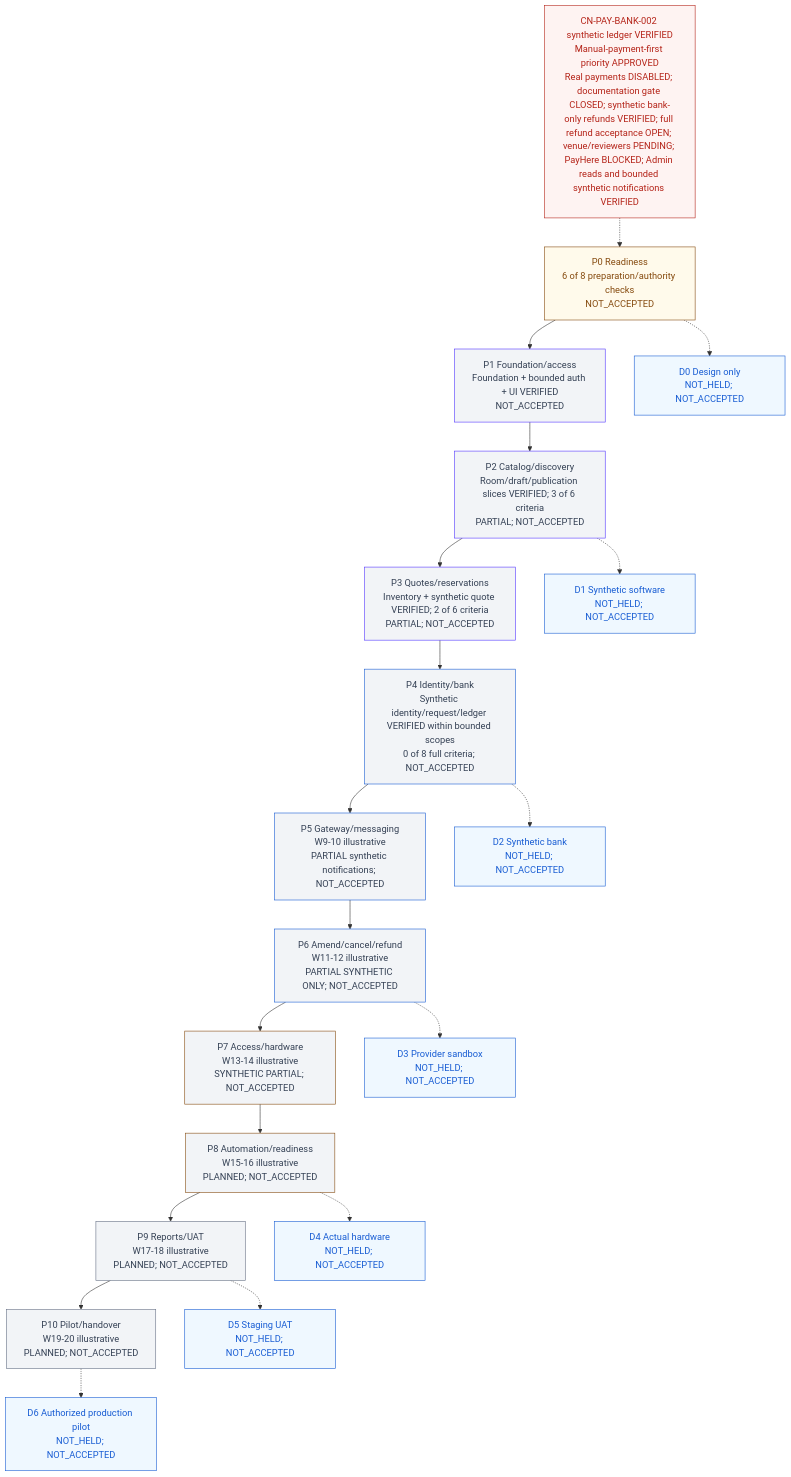
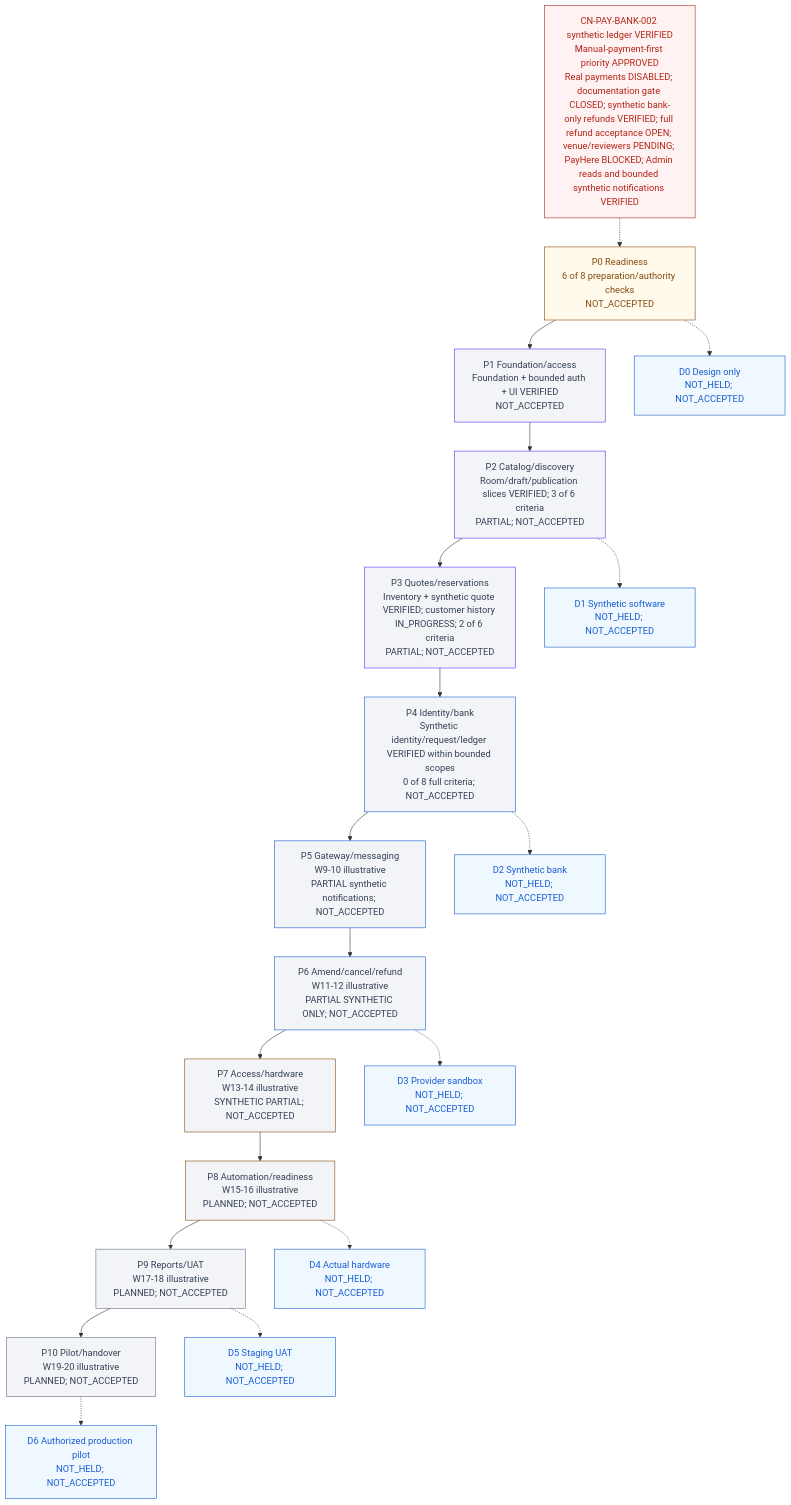
One commit to Hasitha3513/Theater-Project changed the diagram in knowledge/PROGRESS.md. Above: the diagram before and after it, drawn with Mermaid. The commit also changed other lines of this file and 40 other files, not shown here.

Commit message:
feat(customer): add synthetic owned booking history and status views

````diff
--- a/knowledge/PROGRESS.md
+++ b/knowledge/PROGRESS.md
@@ -313,45 +313,45 @@
 ```mermaid
 flowchart TB
   G["CN-PAY-BANK-002 synthetic ledger VERIFIED<br/>Manual-payment-first priority APPROVED<br/>Real payments DISABLED; documentation gate CLOSED; synthetic bank-only refunds VERIFIED; full refund acceptance OPEN; venue/reviewers PENDING; PayHere BLOCKED; Admin reads and bounded synthetic notifications VERIFIED"]
   P0["P0 Readiness<br/>6 of 8 preparation/authority checks<br/>NOT_ACCEPTED"]
   P1["P1 Foundation/access<br/>Foundation + bounded auth + UI VERIFIED<br/>NOT_ACCEPTED"]
   P2["P2 Catalog/discovery<br/>Room/draft/publication slices VERIFIED; 3 of 6 criteria<br/>PARTIAL; NOT_ACCEPTED"]
-  P3["P3 Quotes/reservations<br/>Inventory + synthetic quote VERIFIED; 2 of 6 criteria<br/>PARTIAL; NOT_ACCEPTED"]
+  P3["P3 Quotes/reservations<br/>Inventory + synthetic quote VERIFIED; customer history IN_PROGRESS; 2 of 6 criteria<br/>PARTIAL; NOT_ACCEPTED"]
   P4["P4 Identity/bank<br/>Synthetic identity/request/ledger VERIFIED within bounded scopes<br/>0 of 8 full criteria; NOT_ACCEPTED"]
   P5["P5 Gateway/messaging<br/>W9-10 illustrative<br/>PARTIAL synthetic notifications; NOT_ACCEPTED"]
   P6["P6 Amend/cancel/refund<br/>W11-12 illustrative<br/>PARTIAL SYNTHETIC ONLY; NOT_ACCEPTED"]
   P7["P7 Access/hardware<br/>W13-14 illustrative<br/>SYNTHETIC PARTIAL; NOT_ACCEPTED"]
   P8["P8 Automation/readiness<br/>W15-16 illustrative<br/>PLANNED; NOT_ACCEPTED"]
   P9["P9 Reports/UAT<br/>W17-18 illustrative<br/>PLANNED; NOT_ACCEPTED"]
   P10["P10 Pilot/handover<br/>W19-20 illustrative<br/>PLANNED; NOT_ACCEPTED"]
   G -.-> P0
   P0 --> P1 --> P2 --> P3 --> P4 --> P5 --> P6 --> P7 --> P8 --> P9 --> P10
   D0["D0 Design only<br/>NOT_HELD; NOT_ACCEPTED"]
   D1["D1 Synthetic software<br/>NOT_HELD; NOT_ACCEPTED"]
   D2["D2 Synthetic bank<br/>NOT_HELD; NOT_ACCEPTED"]
   D3["D3 Provider sandbox<br/>NOT_HELD; NOT_ACCEPTED"]
   D4["D4 Actual hardware<br/>NOT_HELD; NOT_ACCEPTED"]
   D5["D5 Staging UAT<br/>NOT_HELD; NOT_ACCEPTED"]
   D6["D6 Authorized production pilot<br/>NOT_HELD; NOT_ACCEPTED"]
   P0 -.-> D0
   P2 -.-> D1
   P4 -.-> D2
   P6 -.-> D3
   P8 -.-> D4
   P9 -.-> D5
   P10 -.-> D6
   classDef readiness fill:#FFFAEB,color:#854A0E,stroke:#854A0E;
   classDef foundation fill:#F2F4F7,color:#344054,stroke:#5135FF;
   classDef financial fill:#F2F4F7,color:#344054,stroke:#175CD3;
   classDef physical fill:#F2F4F7,color:#344054,stroke:#854A0E;
   classDef release fill:#F2F4F7,color:#344054,stroke:#667085;
   classDef blocked fill:#FEF3F2,color:#B42318,stroke:#B42318;
   classDef demo fill:#EFF8FF,color:#175CD3,stroke:#175CD3;
   class P0 readiness;
   class P1,P2,P3 foundation;
   class P4,P5,P6 financial;
   class P7,P8 physical;
   class P9,P10 release;
   class G blocked;
   class D0,D1,D2,D3,D4,D5,D6 demo;
 ```
````
